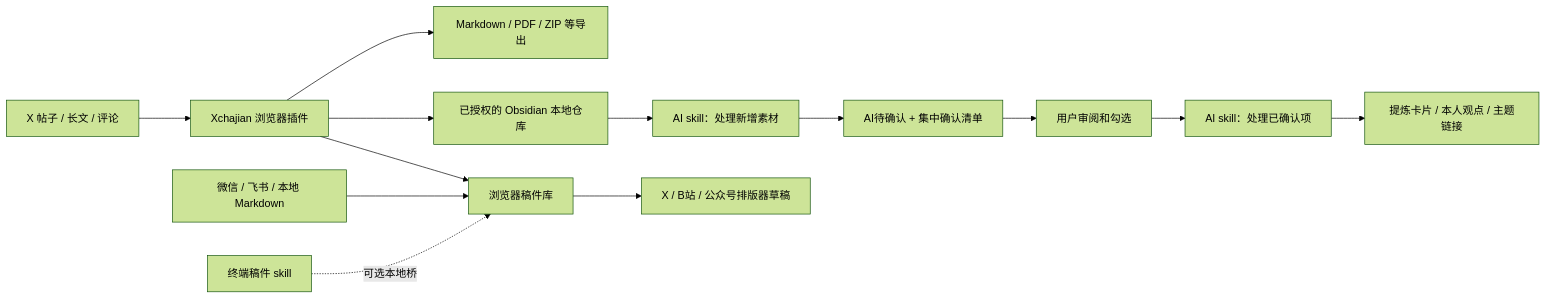
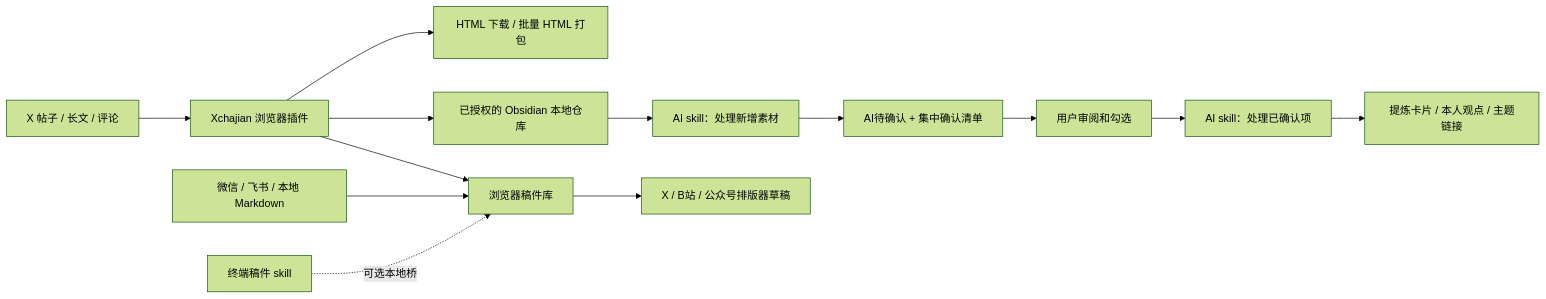
Before and after one commit to zhuy3075-ui/Xchajian: the diagram in README.md, drawn with Mermaid (forest theme). The commit also changed other lines of this file and 13 other files, not shown here.

````diff
--- a/README.md
+++ b/README.md
@@ -26,15 +26,15 @@
 ```mermaid
 flowchart LR
     X[X 帖子 / 长文 / 评论] --> E[Xchajian 浏览器插件]
-    E --> M[Markdown / PDF / ZIP 等导出]
+    E --> M[HTML 下载 / 批量 HTML 打包]
     E --> V[已授权的 Obsidian 本地仓库]
     V --> A[AI skill：处理新增素材]
     A --> C[AI待确认 + 集中确认清单]
     C --> H[用户审阅和勾选]
     H --> F[AI skill：处理已确认项]
     F --> N[提炼卡片 / 本人观点 / 主题链接]
     W[微信 / 飞书 / 本地 Markdown] --> L[浏览器稿件库]
     E --> L
     L --> D[X / B站 / 公众号排版器草稿]
     T[终端稿件 skill] -. 可选本地桥 .-> L
 ```
````
